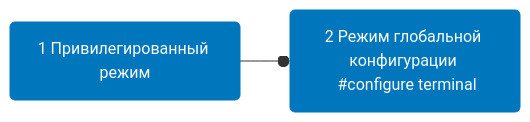
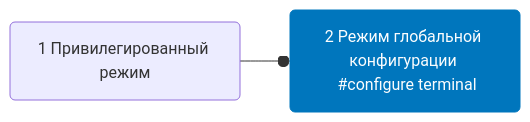
The diagram in test.md (Kostrov2003/FirstSite), drawn with Mermaid before and after one commit.

````diff
--- a/test.md
+++ b/test.md
@@ -1,7 +1,7 @@
 ```mermaid 
 graph LR
 classDef class1 fill:#0076bd,stroke:#0076bd,color:#fbfdfe
 
-A(1 Привилегированный режим<br>):::class1 --o B(2 Режим глобальной конфигурации <br> #configure terminal):::class1
+A(1 Привилегированный режим<br>) --o B(2 Режим глобальной конфигурации <br> #configure terminal):::class1
 click B "https://habr.com/ru/company/rostelecom/blog/570098/"
 ```
````
